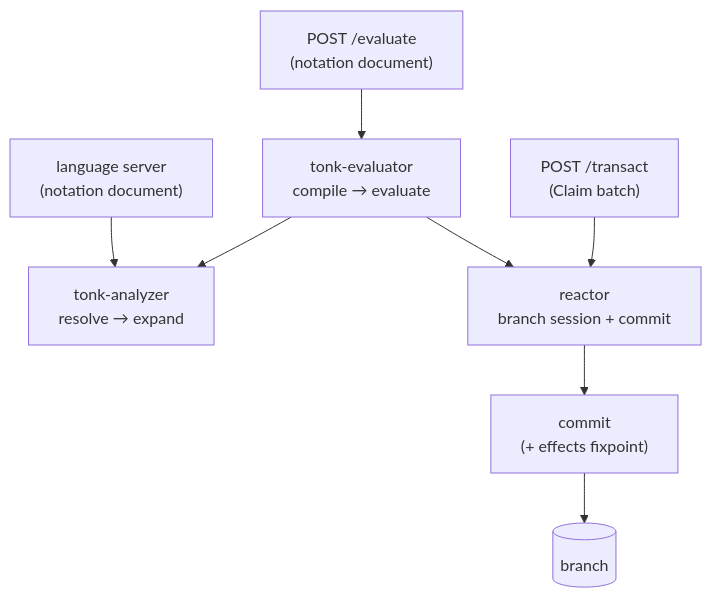
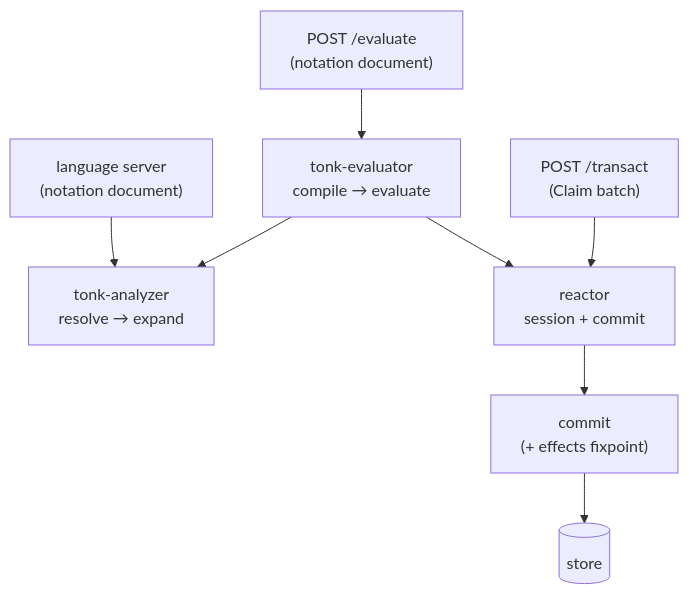
The third of 3 diagrams in plan/runtime.md (tonk-labs/tonk), drawn with Mermaid before and after one commit. The commit also changed other lines of this file, not shown here.

First line of the commit message:
docs(plan): drop BranchIntrospection; LSP boundary is a resolver bundle

````diff
--- a/plan/runtime.md
+++ b/plan/runtime.md
@@ -320,14 +320,14 @@
 ```mermaid
 flowchart TD
     txn["POST /transact<br/>(Claim batch)"]
     eval["POST /evaluate<br/>(notation document)"]
     lsp["language server<br/>(notation document)"]
 
     eval --> evaluator["tonk-evaluator<br/>compile → evaluate"]
     lsp --> analyzer["tonk-analyzer<br/>resolve → expand"]
     evaluator --> analyzer
-    evaluator --> reactor["reactor<br/>branch session + commit"]
+    evaluator --> reactor["reactor<br/>session + commit"]
     txn --> reactor
     reactor --> commit["commit<br/>(+ effects fixpoint)"]
-    commit --> branch[(branch)]
+    commit --> store[(store)]
 ```
````
